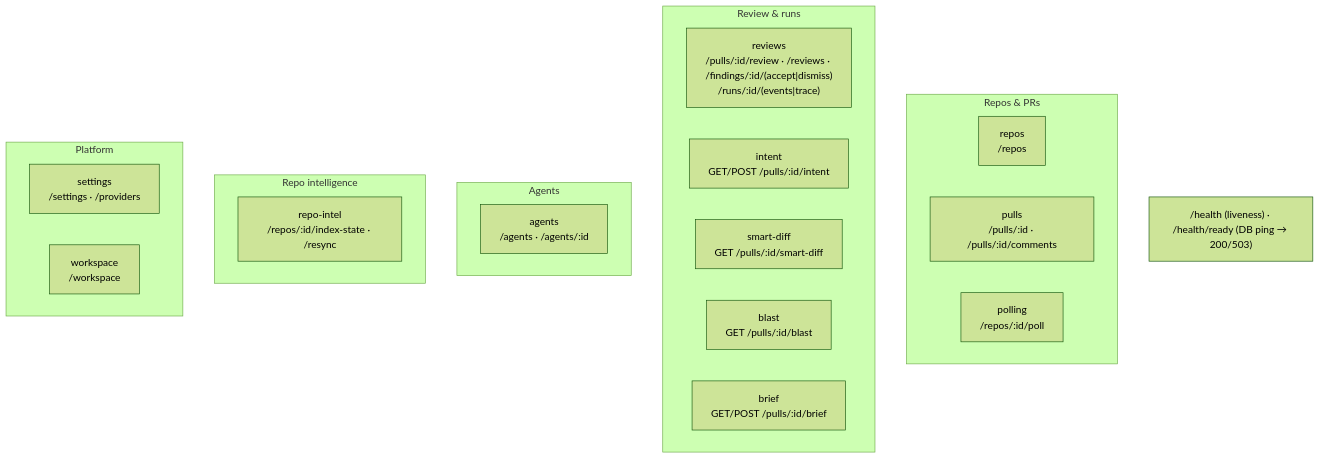
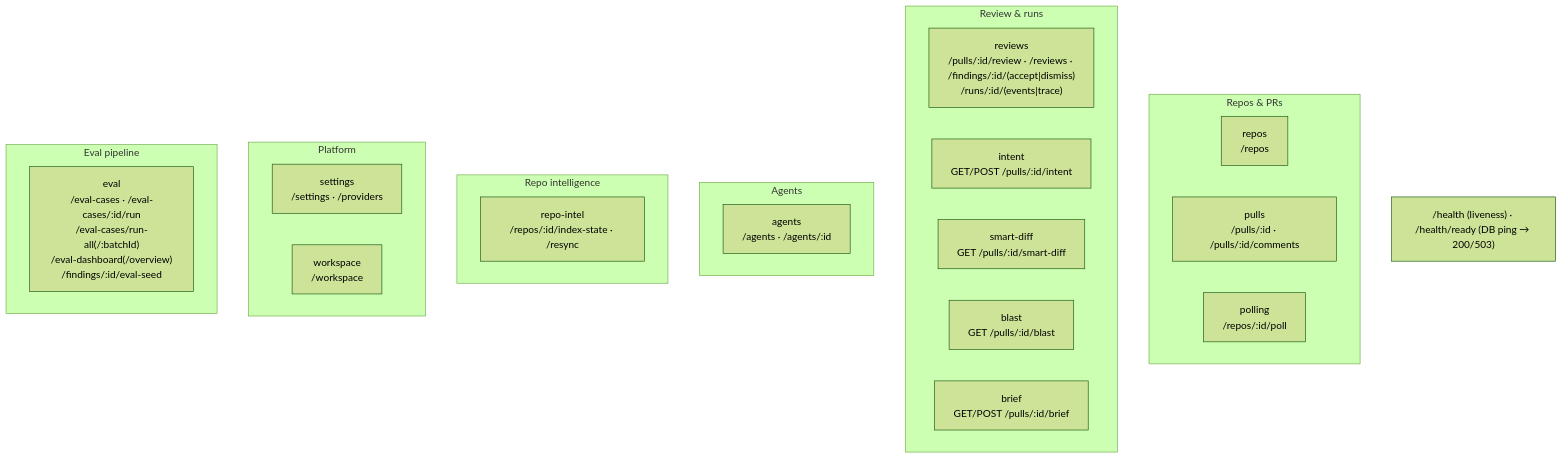
The second of 3 diagrams in server/README.md (tetiana-taranushchenko/dev-digest), drawn with Mermaid (forest theme) before and after one commit. The commit also changed other lines of this file and 88 other files, not shown here.

````diff
--- a/server/README.md
+++ b/server/README.md
@@ -61,26 +61,29 @@
 ```mermaid
 flowchart TB
   subgraph Repos_PRs["Repos & PRs"]
     repos["repos<br/>/repos"]
     pulls["pulls<br/>/pulls/:id · /pulls/:id/comments"]
     polling["polling<br/>/repos/:id/poll"]
   end
   subgraph Review["Review & runs"]
     reviews["reviews<br/>/pulls/:id/review · /reviews · /findings/:id/(accept|dismiss)<br/>/runs/:id/(events|trace)"]
     intent["intent<br/>GET/POST /pulls/:id/intent"]
     smartDiff["smart-diff<br/>GET /pulls/:id/smart-diff"]
     blast["blast<br/>GET /pulls/:id/blast"]
     brief["brief<br/>GET/POST /pulls/:id/brief"]
   end
   subgraph Agents["Agents"]
     agents["agents<br/>/agents · /agents/:id"]
   end
   subgraph Intel["Repo intelligence"]
     repoIntel["repo-intel<br/>/repos/:id/index-state · /resync"]
   end
   subgraph Platform["Platform"]
     settings["settings<br/>/settings · /providers"]
     workspace["workspace<br/>/workspace"]
   end
+  subgraph EvalG["Eval pipeline"]
+    eval["eval<br/>/eval-cases · /eval-cases/:id/run<br/>/eval-cases/run-all(/:batchId)<br/>/eval-dashboard(/overview)<br/>/findings/:id/eval-seed"]
+  end
   HEALTH["/health (liveness) · /health/ready (DB ping → 200/503)"]
 ```
````
